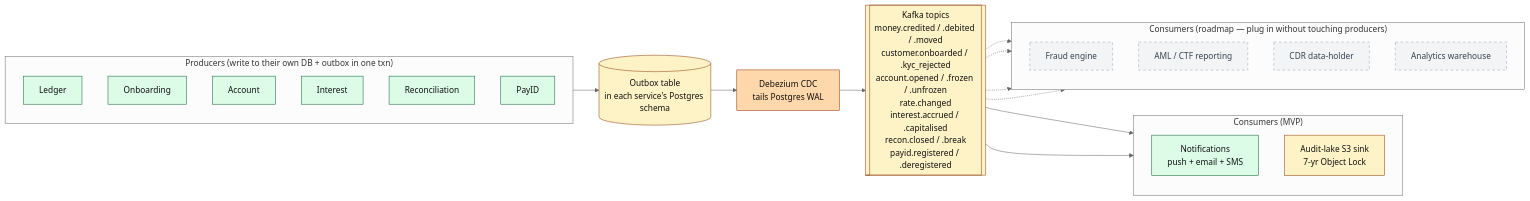
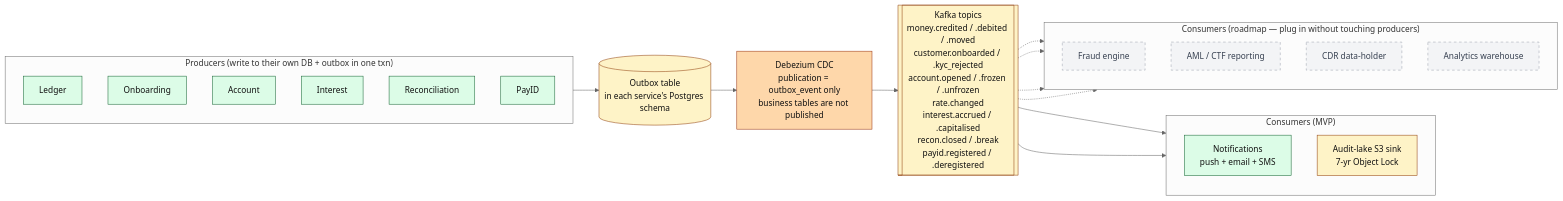
One commit to BaroPhan/velo-arch changed the fourth of 6 diagrams in docs/09-internal-system-architecture.md. Above: the diagram before and after it, drawn with Mermaid (neutral theme). The commit also changed other lines of this file and 5 other files, not shown here.

Commit message:
docs: redraw cloud and app diagrams, CDC publishes outbox_event only, export ERD

````diff
--- a/docs/09-internal-system-architecture.md
+++ b/docs/09-internal-system-architecture.md
@@ -376,43 +378,43 @@
 ```mermaid
 flowchart LR
     subgraph Producers["Producers (write to their own DB + outbox in one txn)"]
       direction TB
       P1[Ledger]:::svc
       P2[Onboarding]:::svc
       P3[Account]:::svc
       P4[Interest]:::svc
       P5[Reconciliation]:::svc
       P6[PayID]:::svc
     end
 
     OB[(Outbox table<br/>in each service's Postgres schema)]:::data
-    CDC[Debezium CDC<br/>tails Postgres WAL]:::infra
+    CDC[Debezium CDC<br/>publication = outbox_event only<br/>business tables are not published]:::infra
     KF[[Kafka topics<br/>money.credited / .debited / .moved<br/>customer.onboarded / .kyc_rejected<br/>account.opened / .frozen / .unfrozen<br/>rate.changed<br/>interest.accrued / .capitalised<br/>recon.closed / .break<br/>payid.registered / .deregistered]]:::data
 
     Producers --> OB --> CDC --> KF
 
     subgraph Consumers["Consumers  (MVP)"]
       direction TB
       C1[Notifications<br/>push + email + SMS]:::svc
       C2[Audit-lake S3 sink<br/>7-yr Object Lock]:::data
     end
     subgraph Future["Consumers  (roadmap — plug in without touching producers)"]
       direction TB
       F1[Fraud engine]:::future
       F2[AML / CTF reporting]:::future
       F3[CDR data-holder]:::future
       F4[Analytics warehouse]:::future
     end
 
     KF --> C1
     KF --> C2
     KF -.-> F1
     KF -.-> F2
     KF -.-> F3
     KF -.-> F4
 
     classDef svc fill:#dcfce7,stroke:#166534,color:#111
     classDef data fill:#fef3c7,stroke:#92400e,color:#111
     classDef infra fill:#fed7aa,stroke:#9a3412,color:#111
     classDef future fill:#f3f4f6,stroke:#9ca3af,color:#374151,stroke-dasharray:5 5
 ```
````
